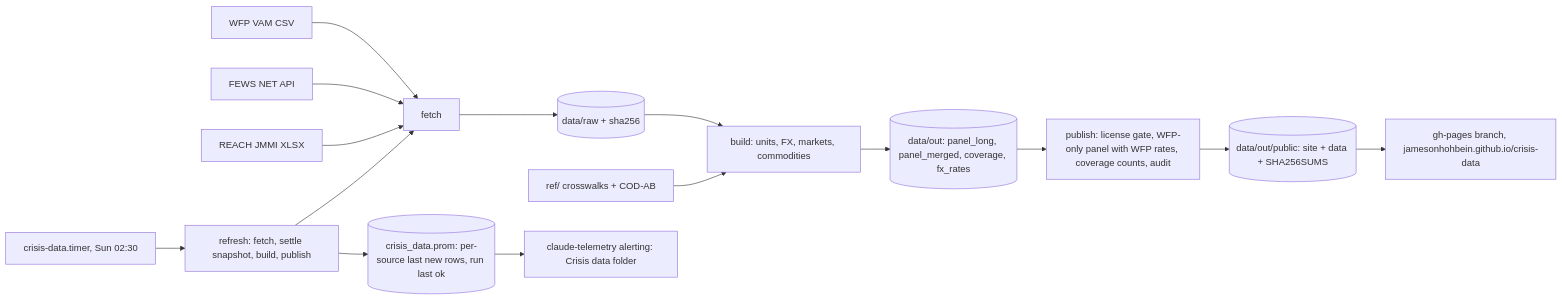
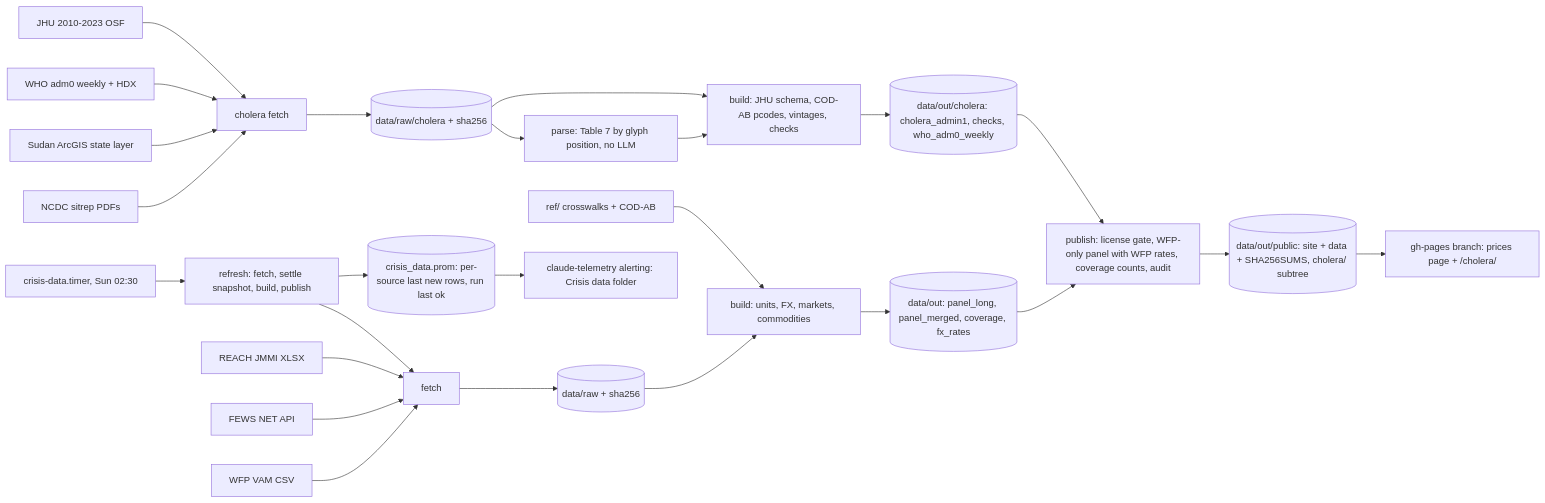
One commit to jamesonhohbein/crisis-data changed the diagram in ARCHITECTURE.md. Above: the diagram before and after it, drawn with Mermaid. The commit also changed other lines of this file and 3 other files, not shown here.

````diff
--- a/ARCHITECTURE.md
+++ b/ARCHITECTURE.md
@@ -8,17 +15,27 @@
 ```mermaid
 flowchart LR
   WFP[WFP VAM CSV] --> F[fetch]
   FEWS[FEWS NET API] --> F
   JMMI[REACH JMMI XLSX] --> F
   F --> RAW[(data/raw + sha256)]
   RAW --> B[build: units, FX, markets, commodities]
   REF[ref/ crosswalks + COD-AB] --> B
   B --> P[(data/out: panel_long, panel_merged, coverage, fx_rates)]
   P --> PUB[publish: license gate, WFP-only panel with WFP rates, coverage counts, audit]
-  PUB --> BUN[(data/out/public: site + data + SHA256SUMS)]
-  BUN --> GH[gh-pages branch, jamesonhohbein.github.io/crisis-data]
+  NCDC[NCDC sitrep PDFs] --> CF[cholera fetch]
+  SDN[Sudan ArcGIS state layer] --> CF
+  WHO[WHO adm0 weekly + HDX] --> CF
+  JHU[JHU 2010-2023 OSF] --> CF
+  CF --> CRAW[(data/raw/cholera + sha256)]
+  CRAW --> CP[parse: Table 7 by glyph position, no LLM]
+  CP --> CB[build: JHU schema, COD-AB pcodes, vintages, checks]
+  CRAW --> CB
+  CB --> CO[(data/out/cholera: cholera_admin1, checks, who_adm0_weekly)]
+  CO --> PUB
+  PUB --> BUN[(data/out/public: site + data + SHA256SUMS, cholera/ subtree)]
+  BUN --> GH[gh-pages branch: prices page + /cholera/]
   T[crisis-data.timer, Sun 02:30] --> R[refresh: fetch, settle snapshot, build, publish]
   R --> F
   R --> M[(crisis_data.prom: per-source last new rows, run last ok)]
   M --> AL[claude-telemetry alerting: Crisis data folder]
 ```
````
